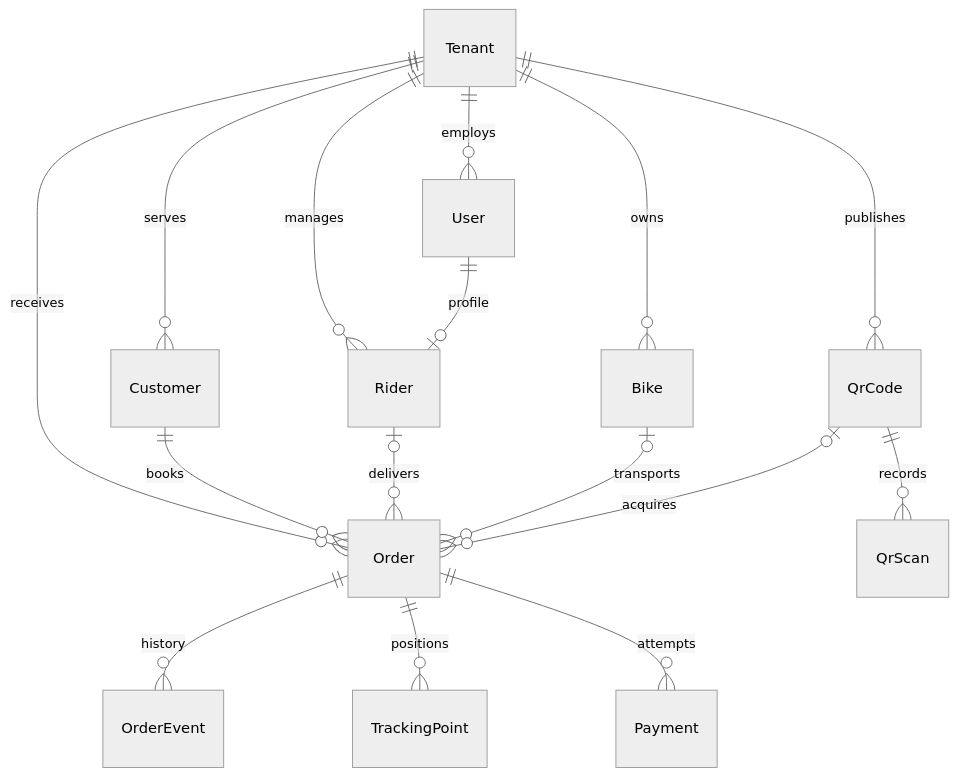
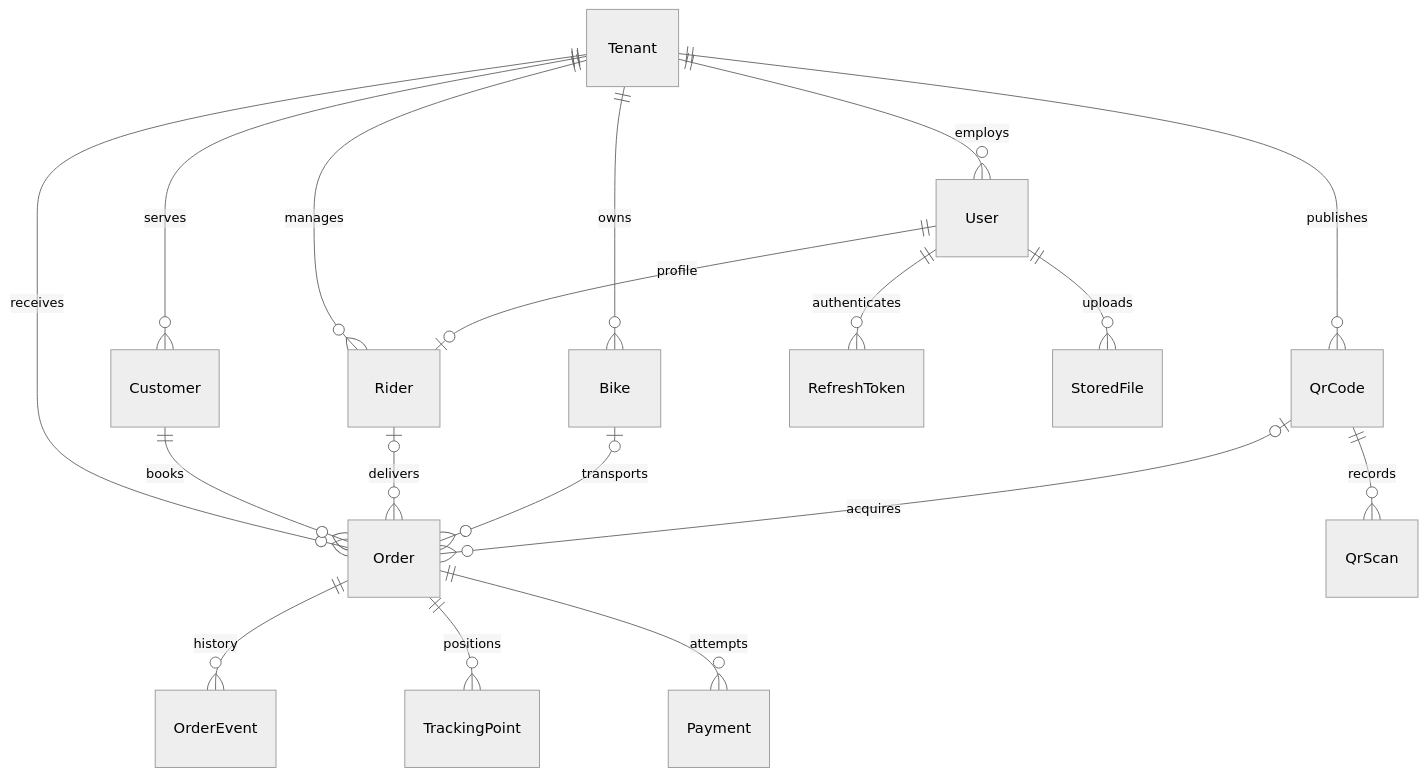
Before and after one commit to Retpaul/Logistics-System: the diagram in docs/DATABASE.md, drawn with Mermaid (neutral theme). The commit also changed other lines of this file and 31 other files, not shown here.

````diff
--- a/docs/DATABASE.md
+++ b/docs/DATABASE.md
@@ -9,18 +7,20 @@
 ```mermaid
 erDiagram
   Tenant ||--o{ User : employs
   Tenant ||--o{ Rider : manages
   Tenant ||--o{ Bike : owns
   Tenant ||--o{ Customer : serves
   Tenant ||--o{ QrCode : publishes
   Tenant ||--o{ Order : receives
+  User ||--o{ RefreshToken : authenticates
   User ||--o| Rider : profile
+  User ||--o{ StoredFile : uploads
   Customer ||--o{ Order : books
   Rider o|--o{ Order : delivers
   Bike o|--o{ Order : transports
   QrCode o|--o{ Order : acquires
   QrCode ||--o{ QrScan : records
   Order ||--o{ OrderEvent : history
   Order ||--o{ TrackingPoint : positions
   Order ||--o{ Payment : attempts
 ```
````
